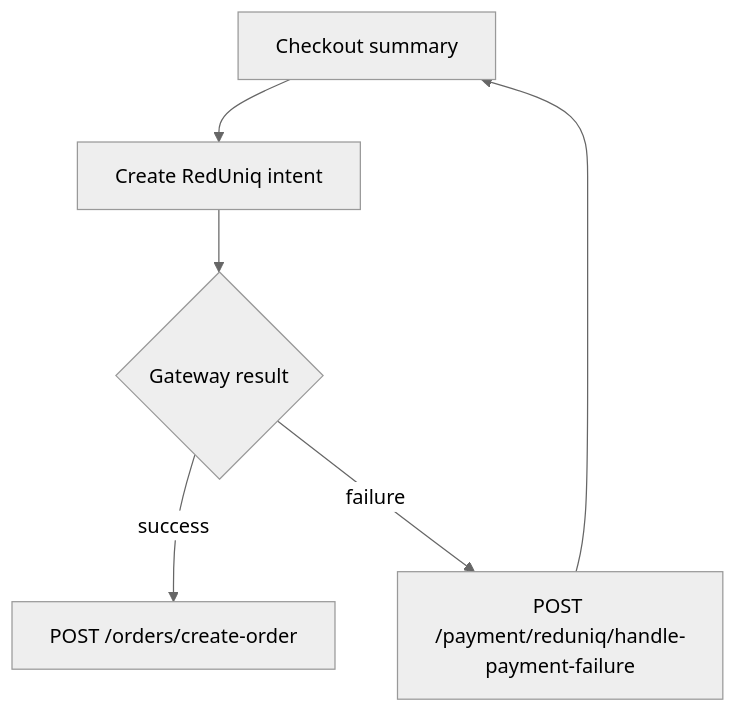
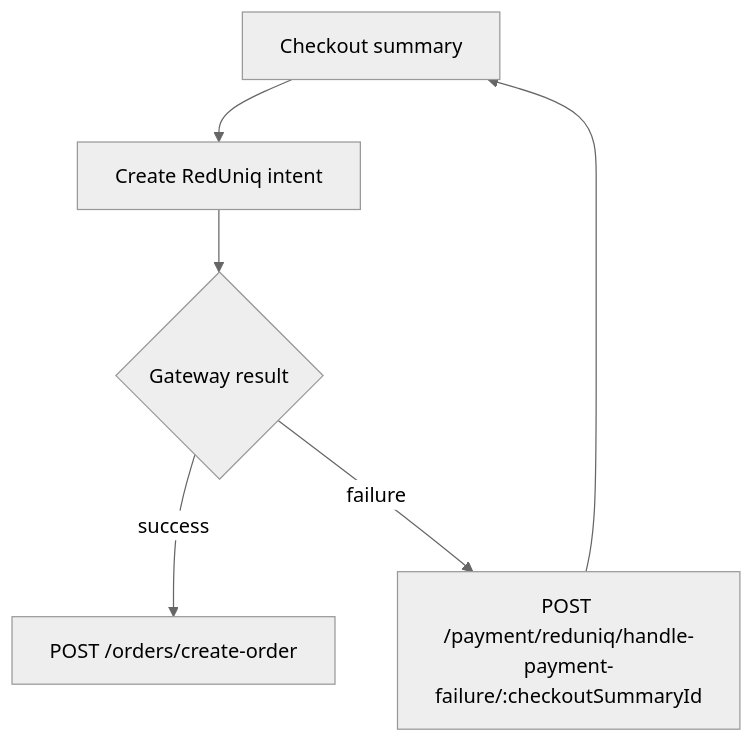
The third of 5 diagrams in content/docs/01-introduction/architecture.md (deligo-pt/deligo-food-backend-docs), drawn with Mermaid (neutral theme) before and after one commit. The commit also changed other lines of this file and 22 other files, not shown here.

````diff
--- a/content/docs/01-introduction/architecture.md
+++ b/content/docs/01-introduction/architecture.md
@@ -254,8 +268,8 @@
 ```mermaid
 flowchart TD
     A[Checkout summary] --> B[Create RedUniq intent]
     B --> C{Gateway result}
     C -->|success| D["POST /orders/create-order"]
-    C -->|failure| E["POST /payment/reduniq/handle-payment-failure"]
+    C -->|failure| E["POST /payment/reduniq/handle-payment-failure/:checkoutSummaryId"]
     E --> A
 ```
````
